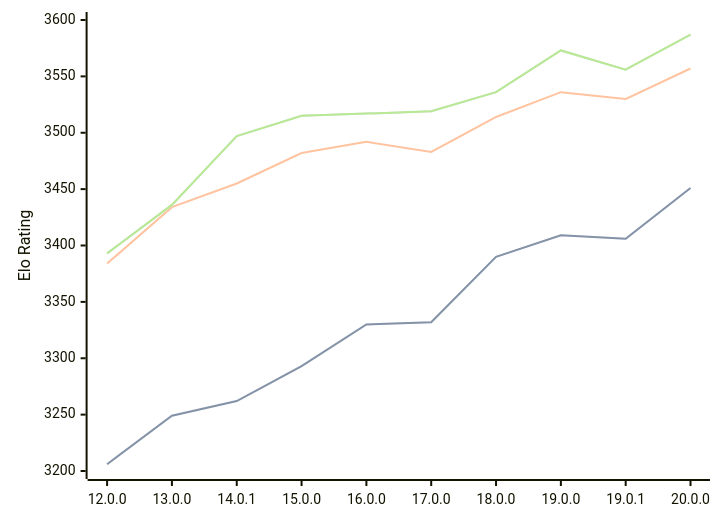
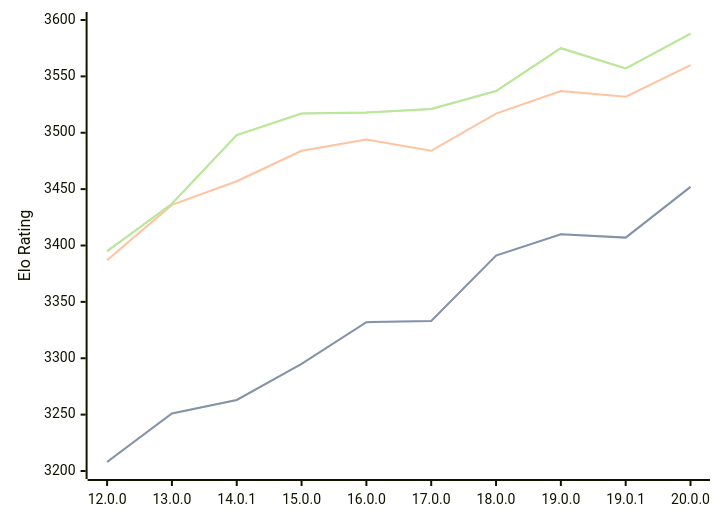
Before and after one commit to computer-chess-index/cci: the diagram in engines/Viridithas.md, drawn with Mermaid. The commit also changed other lines of this file, not shown here.

Commit message:
Update CCI Ratings (ELO VLTC) - 2026-09-01

````diff
--- a/engines/Viridithas.md
+++ b/engines/Viridithas.md
@@ -40,11 +40,11 @@
 ```mermaid
 %%{init: {"theme":"base","themeVariables":{"seriesColors:['#a3a3a3','#222221','#faa371']}}}%%
 xychart-beta
   x-axis ["12.0.0", "13.0.0", "14.0.1", "15.0.0", "16.0.0", "17.0.0", "18.0.0", "19.0.0", "19.0.1", "20.0.0"]
   y-axis "Elo Rating" 3200 --> 3600
-  line "" [3206, 3249, 3262, 3293, 3330, 3332, 3390, 3409, 3406, 3451]
-  line "STC (8.0+0.08s)" [3206, 3249, 3262, 3293, 3330, 3332, 3390, 3409, 3406, 3451]
-  line "LTC (60.0+0.60s)" [3384, 3434, 3455, 3482, 3492, 3483, 3514, 3536, 3530, 3557]
-  line "" [3393, 3436, 3497, 3515, 3517, 3519, 3536, 3573, 3556, 3587]
-  line "VLTC (2m24s+1.12s)" [3393, 3436, 3497, 3515, 3517, 3519, 3536, 3573, 3556, 3587]
+  line "" [3208, 3251, 3263, 3295, 3332, 3333, 3391, 3410, 3407, 3452]
+  line "STC (8.0+0.08s)" [3208, 3251, 3263, 3295, 3332, 3333, 3391, 3410, 3407, 3452]
+  line "LTC (60.0+0.60s)" [3387, 3436, 3457, 3484, 3494, 3484, 3517, 3537, 3532, 3560]
+  line "" [3395, 3437, 3498, 3517, 3518, 3521, 3537, 3575, 3557, 3588]
+  line "VLTC (2m24s+1.12s)" [3395, 3437, 3498, 3517, 3518, 3521, 3537, 3575, 3557, 3588]
 ```
````
